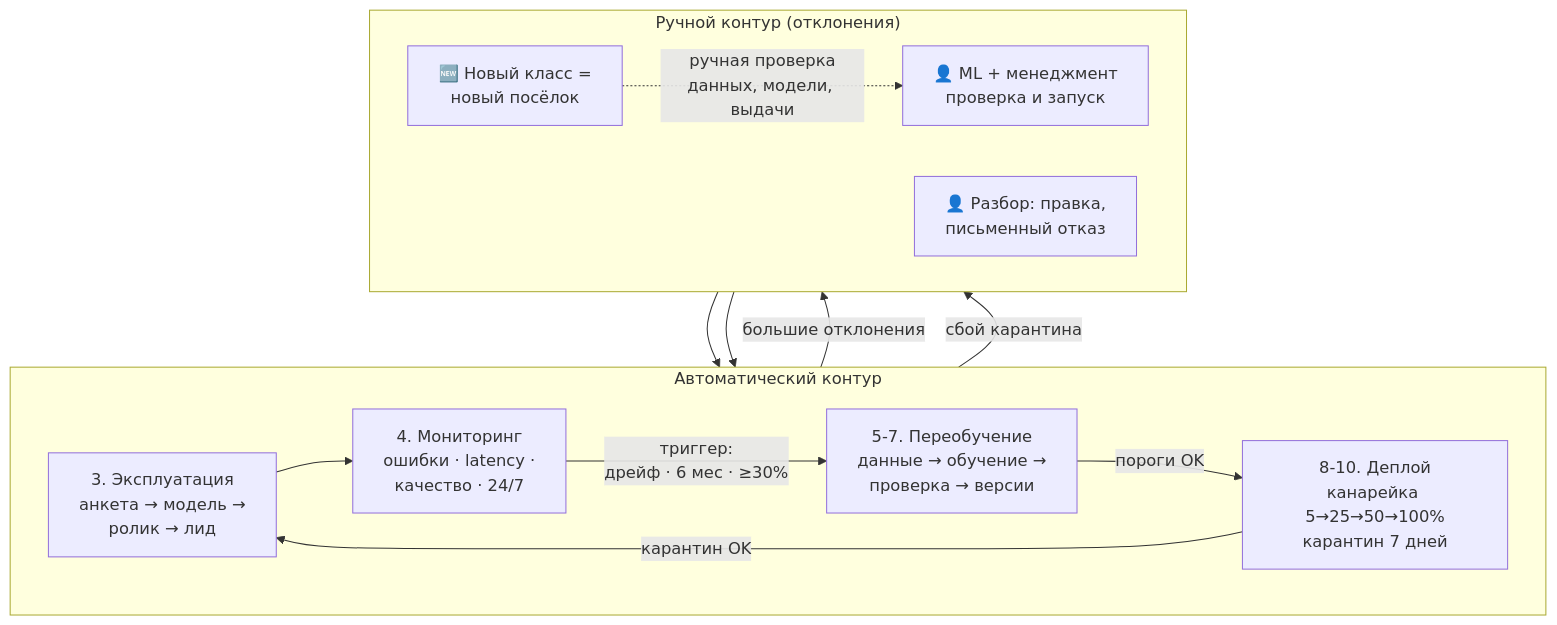
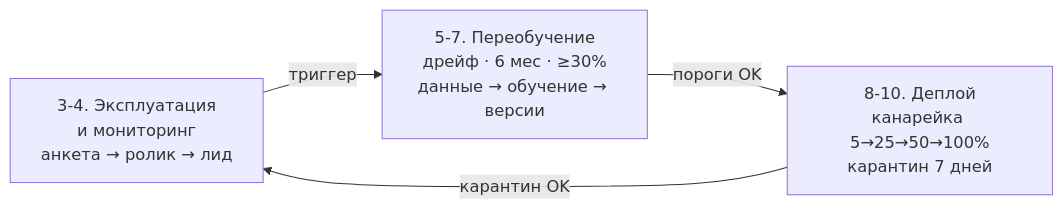
The first of 5 diagrams in docs/model_lifecycle.md (AnnaKuznetsova-dotcom/video_app_a_production), drawn with Mermaid before and after one commit. The commit also changed other lines of this file and 1 other file, not shown here.

Commit message:
Split management diagrams into readable horizontal automatic/manual contours

````diff
--- a/docs/model_lifecycle.md
+++ b/docs/model_lifecycle.md
@@ -16,21 +21,6 @@
 ```mermaid
-flowchart TB
-    subgraph AUTO["Автоматический контур"]
-        direction LR
-        MON["3. Эксплуатация<br/>анкета → модель →<br/>ролик → лид"] --> MTR["4. Мониторинг<br/>ошибки · latency ·<br/>качество · 24/7"]
-        MTR -- "триггер:<br/>дрейф · 6 мес · ≥30%" --> RETRAIN["5-7. Переобучение<br/>данные → обучение →<br/>проверка → версии"]
-        RETRAIN -- "пороги OK" --> DEP["8-10. Деплой<br/>канарейка 5→25→50→100%<br/>карантин 7 дней"]
-        DEP -- "карантин OK" --> MON
-    end
-
-    subgraph MANUAL["Ручной контур (отклонения)"]
-        direction LR
-        NEW["🆕 Новый класс =<br/>новый посёлок"] -.->|"ручная проверка<br/>данных, модели, выдачи"| HUM2["👤 ML + менеджмент<br/>проверка и запуск"]
-        HUM1["👤 Разбор: правка,<br/>письменный отказ"]
-    end
-
-    RETRAIN -- "большие отклонения" --> HUM1
-    HUM1 --> RETRAIN
-    HUM2 --> RETRAIN
-    DEP -- "сбой карантина" --> HUM1
+flowchart LR
+    OPS["3-4. Эксплуатация<br/>и мониторинг<br/>анкета → ролик → лид"] -->|"триггер"| RETRAIN["5-7. Переобучение<br/>дрейф · 6 мес · ≥30%<br/>данные → обучение → версии"]
+    RETRAIN -- "пороги OK" --> DEP["8-10. Деплой<br/>канарейка 5→25→50→100%<br/>карантин 7 дней"]
+    DEP -- "карантин OK" --> OPS
 ```
````
